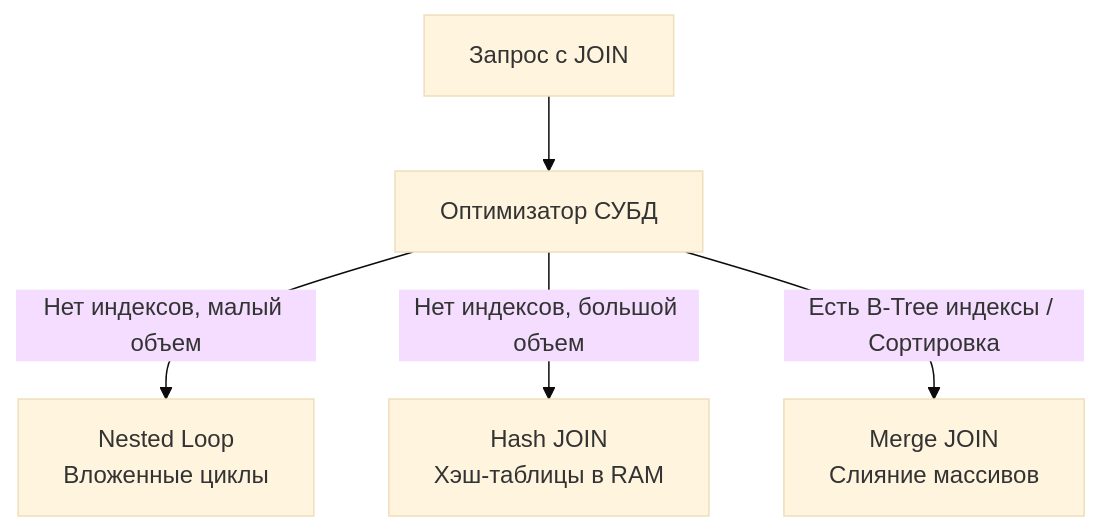
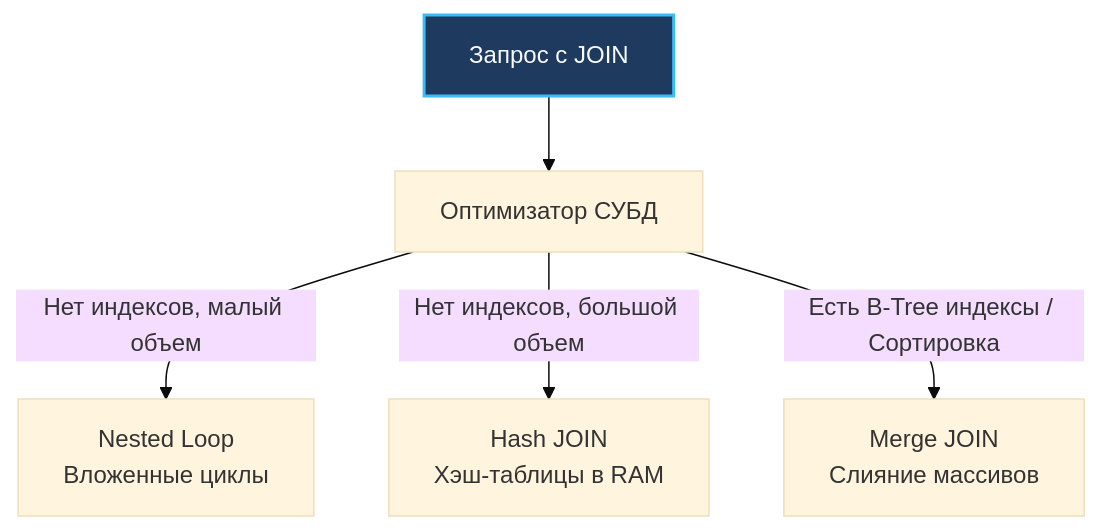
The second of 3 diagrams in sources/12. Базы данных/02. SQL базовый/6. JOIN. INNER, LEFT, RIGHT.md (UnrealTemplier/go-textbook), drawn with Mermaid (base theme) before and after one commit. The commit also changed other lines of this file and 1666 other files, not shown here.

First line of the commit message:
feat(mermaid): add semantic color classDef to 1369 colorless flowchart/graph diagrams

````diff
--- a/sources/12. Базы данных/02. SQL базовый/6. JOIN. INNER, LEFT, RIGHT.md
+++ b/sources/12. Базы данных/02. SQL базовый/6. JOIN. INNER, LEFT, RIGHT.md
@@ -74,7 +84,17 @@
 ```mermaid
 flowchart TD
-    Start["Запрос с JOIN"] --> Optimizer["Оптимизатор СУБД"]
+    classDef process  fill:#1e293b,stroke:#38bdf8,stroke-width:1px,color:#f8fafc
+    classDef success  fill:#064e3b,stroke:#34d399,stroke-width:1px,color:#f8fafc
+    classDef error    fill:#7f1d1d,stroke:#f87171,stroke-width:1px,color:#f8fafc
+    classDef warning  fill:#78350f,stroke:#fbbf24,stroke-width:1px,color:#f8fafc
+    classDef entry    fill:#1e3a5f,stroke:#38bdf8,stroke-width:2px,color:#f8fafc
+    classDef aux      fill:#334155,stroke:#64748b,stroke-width:1px,color:#f8fafc
+    classDef system   fill:#312e81,stroke:#a78bfa,stroke-width:1px,color:#f8fafc
+    classDef data     fill:#132d29,stroke:#2dd4bf,stroke-width:1px,color:#f8fafc
+    classDef network  fill:#881337,stroke:#fb7185,stroke-width:1px,color:#f8fafc
+    classDef accent   fill:#1e1b4b,stroke:#818cf8,stroke-width:1px,color:#f8fafc
+    Start["Запрос с JOIN"]:::entry --> Optimizer["Оптимизатор СУБД"]
     Optimizer -->|"Нет индексов, малый объем"| NL["Nested Loop<br>Вложенные циклы"]
     Optimizer -->|"Нет индексов, большой объем"| HJ["Hash JOIN<br>Хэш-таблицы в RAM"]
     Optimizer -->|"Есть B-Tree индексы / Сортировка"| MJ["Merge JOIN<br>Слияние массивов"]
 ```
````
